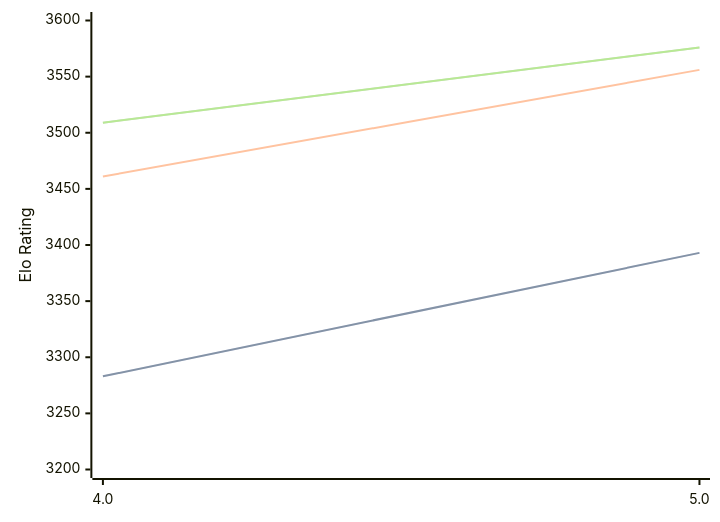
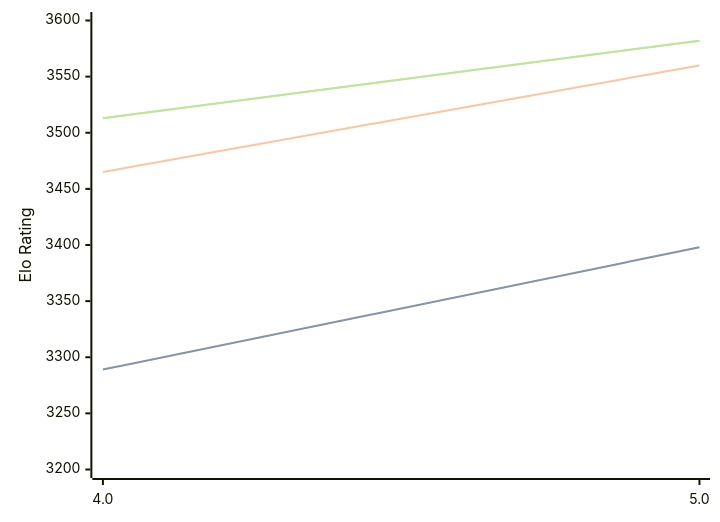
The diagram in engines/Tarnished.md (computer-chess-index/cci), drawn with Mermaid before and after one commit. The commit also changed other lines of this file, not shown here.

Commit message:
Update CCI Ratings (ELO VLTC) - 2026-04-14

````diff
--- a/engines/Tarnished.md
+++ b/engines/Tarnished.md
@@ -36,11 +36,11 @@
 ```mermaid
 %%{init: {"theme":"base","themeVariables":{"seriesColors:['#a3a3a3','#222221','#faa371']}}}%%
 xychart-beta
   x-axis ["4.0", "5.0"]
   y-axis "Elo Rating" 3200 --> 3600
-  line "STC (8.0+0.08s)" [3283, 3393]
-  line "STC (8.0+0.08s)" [3283, 3393]
-  line "LTC (60.0+0.60s)" [3461, 3556]
-  line "VLTC (2m24s+1.12s)" [3509, 3576]
-  line "VLTC (2m24s+1.12s)" [3509, 3576]
+  line "STC (8.0+0.08s)" [3289, 3398]
+  line "STC (8.0+0.08s)" [3289, 3398]
+  line "LTC (60.0+0.60s)" [3465, 3560]
+  line "VLTC (2m24s+1.12s)" [3513, 3582]
+  line "VLTC (2m24s+1.12s)" [3513, 3582]
 ```
````
